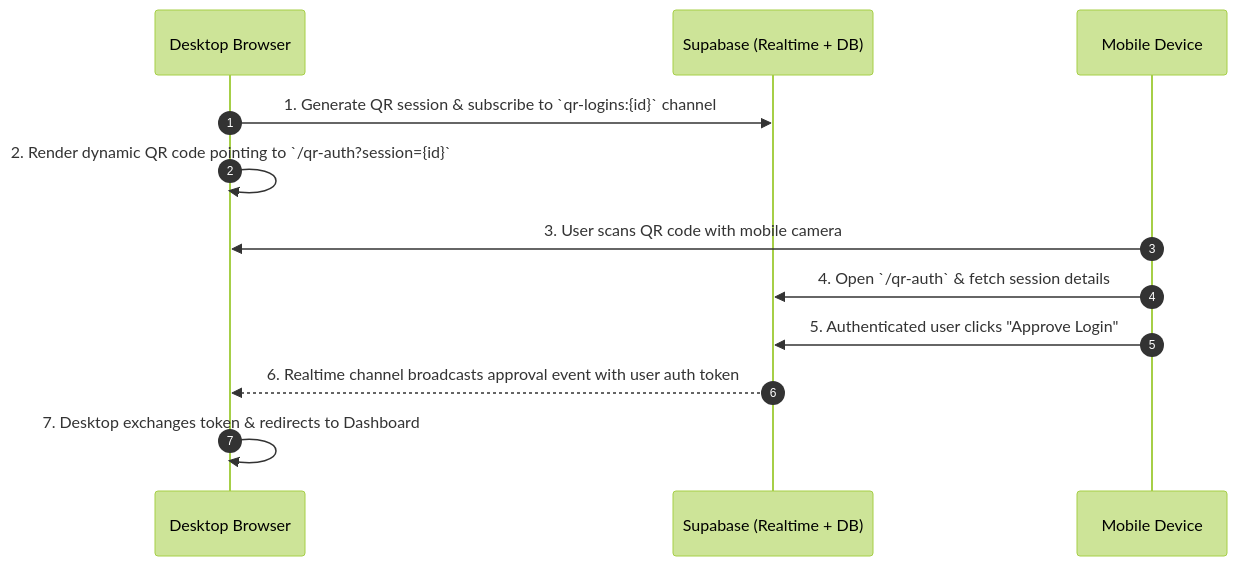
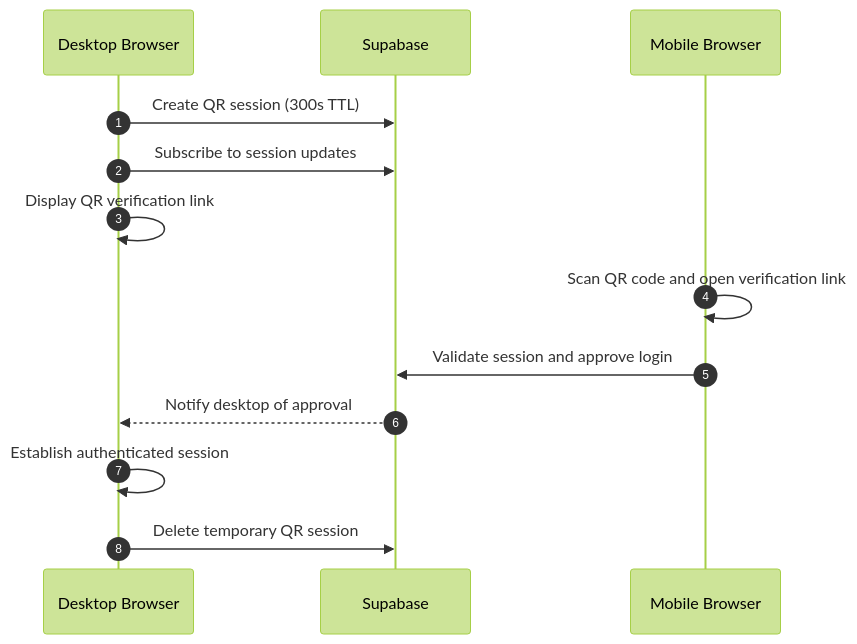
One commit to vacalincy/oasis_blog changed the diagram in README.md. Above: the diagram before and after it, drawn with Mermaid (forest theme). The commit also changed other lines of this file and 6 other files, not shown here.

Commit message:
docs: polish README showcase, update architecture docs and QR auth validation

````diff
--- a/README.md
+++ b/README.md
@@ -118,15 +118,15 @@
 ```mermaid
 sequenceDiagram
     autonumber
-    participant D as Desktop Browser
-    participant S as Supabase (Realtime + DB)
-    participant M as Mobile Device
-
-    D->>S: 1. Generate QR session & subscribe to `qr-logins:{id}` channel
-    D->>D: 2. Render dynamic QR code pointing to `/qr-auth?session={id}`
-    M->>D: 3. User scans QR code with mobile camera
-    M->>S: 4. Open `/qr-auth` & fetch session details
-    M->>S: 5. Authenticated user clicks "Approve Login"
-    S-->>D: 6. Realtime channel broadcasts approval event with user auth token
-    D->>D: 7. Desktop exchanges token & redirects to Dashboard
+    participant Desktop as Desktop Browser
+    participant Supabase as Supabase
+    participant Mobile as Mobile Browser
+    Desktop->>Supabase: Create QR session (300s TTL)
+    Desktop->>Supabase: Subscribe to session updates
+    Desktop->>Desktop: Display QR verification link
+    Mobile->>Mobile: Scan QR code and open verification link
+    Mobile->>Supabase: Validate session and approve login
+    Supabase-->>Desktop: Notify desktop of approval
+    Desktop->>Desktop: Establish authenticated session
+    Desktop->>Supabase: Delete temporary QR session
 ```
````
